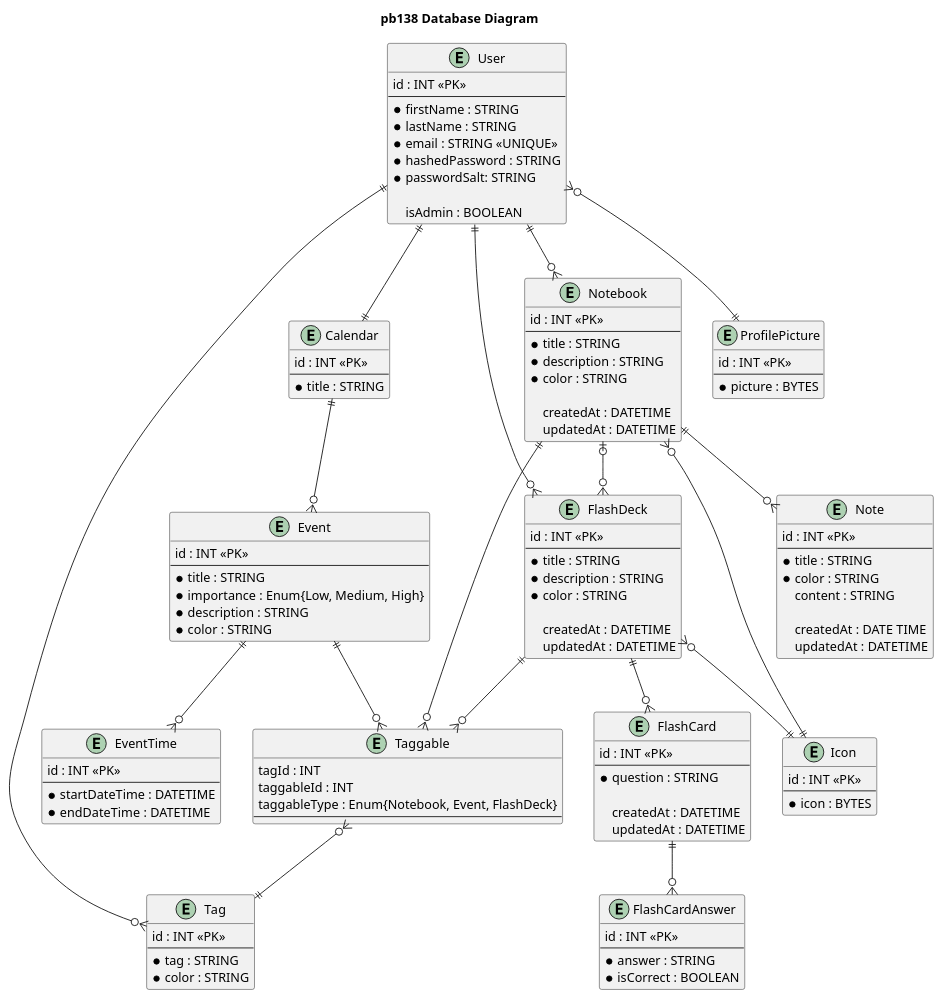
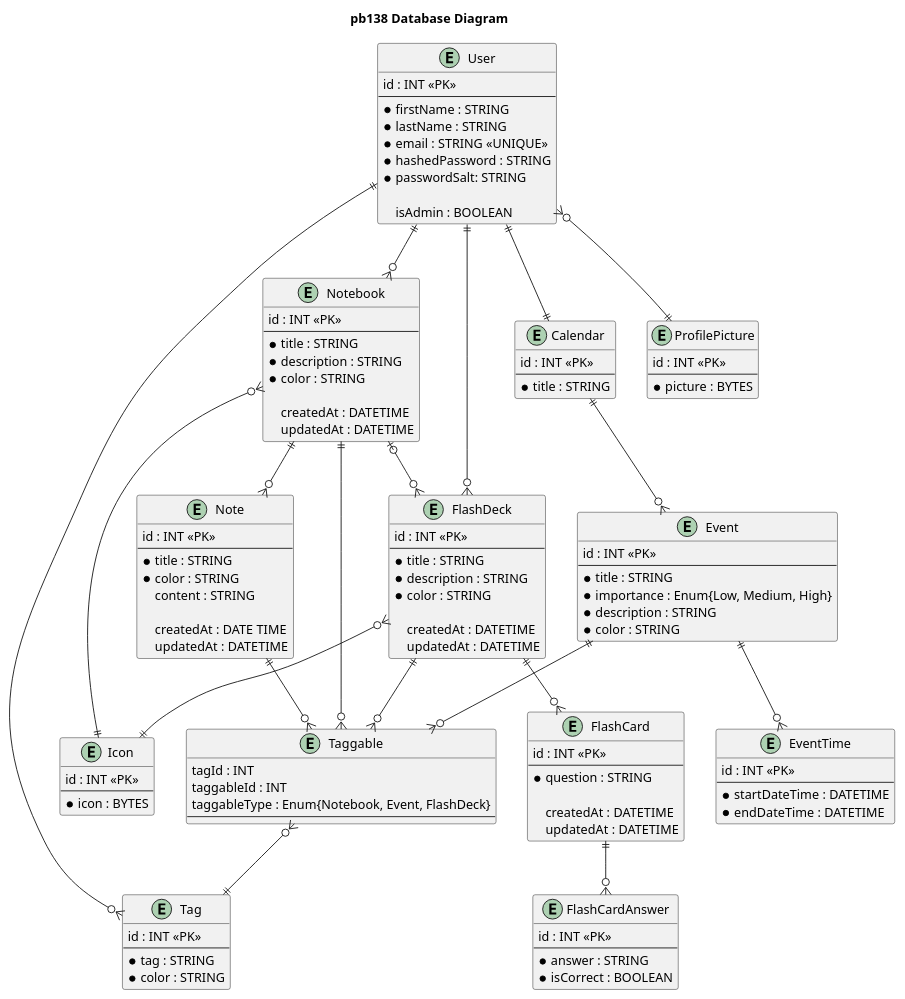
One commit to xbugar/web_dev changed the diagram in backend/prisma/DataBaseConcept.puml. Above: the diagram before and after it, drawn with PlantUML. The commit also changed 4 other files, not shown here.

```diff
--- a/backend/prisma/DataBaseConcept.puml
+++ b/backend/prisma/DataBaseConcept.puml
@@ -1,133 +1,134 @@
 @startuml
 'skinparam shadowing false
 'skinparam linetype ortho
 title pb138 Database Diagram
 
 entity User {
     id : INT <<PK>>
     --
     * firstName : STRING
     * lastName : STRING
     * email : STRING <<UNIQUE>>
     * hashedPassword : STRING
     * passwordSalt: STRING
 
     isAdmin : BOOLEAN
 }
 
 entity ProfilePicture {
     id : INT <<PK>>
     --
     * picture : BYTES
 }
 
 entity Icon {
     id : INT <<PK>>
     --
     * icon : BYTES
 }
 
 entity Notebook {
     id : INT <<PK>>
     --
     * title : STRING
     * description : STRING
     * color : STRING
 
     createdAt : DATETIME
     updatedAt : DATETIME
 }
 
 entity Note {
     id : INT <<PK>>
     --
     * title : STRING
     * color : STRING
     content : STRING
 
     createdAt : DATE TIME
     updatedAt : DATETIME
 }
 
 entity Calendar {
     id : INT <<PK>>
     --
     * title : STRING
 }
 
 entity Event {
     id : INT <<PK>>
     --
     * title : STRING
     * importance : Enum{Low, Medium, High}
     * description : STRING
     * color : STRING
 }
 
 entity EventTime {
     id : INT <<PK>>
     --
     * startDateTime : DATETIME
     * endDateTime : DATETIME
 }
 
 entity FlashDeck {
     id : INT <<PK>>
     --
     * title : STRING
     * description : STRING
     * color : STRING
 
     createdAt : DATETIME
     updatedAt : DATETIME
 }
 
 entity FlashCard {
     id : INT <<PK>>
     --
     * question : STRING
 
     createdAt : DATETIME
     updatedAt : DATETIME
 }
 
 entity FlashCardAnswer {
     id : INT <<PK>>
     --
     * answer : STRING
     * isCorrect : BOOLEAN
 }
 
 entity Tag {
     id : INT <<PK>>
     --
     * tag : STRING
     * color : STRING
 }
 
 entity Taggable {
     tagId : INT
     taggableId : INT
     taggableType : Enum{Notebook, Event, FlashDeck}
     --
 }
 
 User            }o--|| ProfilePicture
 User            ||--o{ Notebook
 Notebook        ||--o{ Note
 User            ||--|| Calendar
 Calendar        ||--o{ Event
 Event           ||--o{ EventTime
 User            ||--o{ FlashDeck
 FlashDeck       ||--o{ FlashCard
 FlashCard       ||--o{ FlashCardAnswer
 Notebook        |o--o{ FlashDeck
 Notebook        }o--|| Icon
 FlashDeck       }o--|| Icon
 User            ||-o{  Tag
 Notebook        ||--o{ Taggable
 FlashDeck       ||--o{ Taggable
 Event           ||--o{ Taggable
+Note            ||--o{ Taggable
 Taggable        }o--|| Tag
 
 @enduml
```
